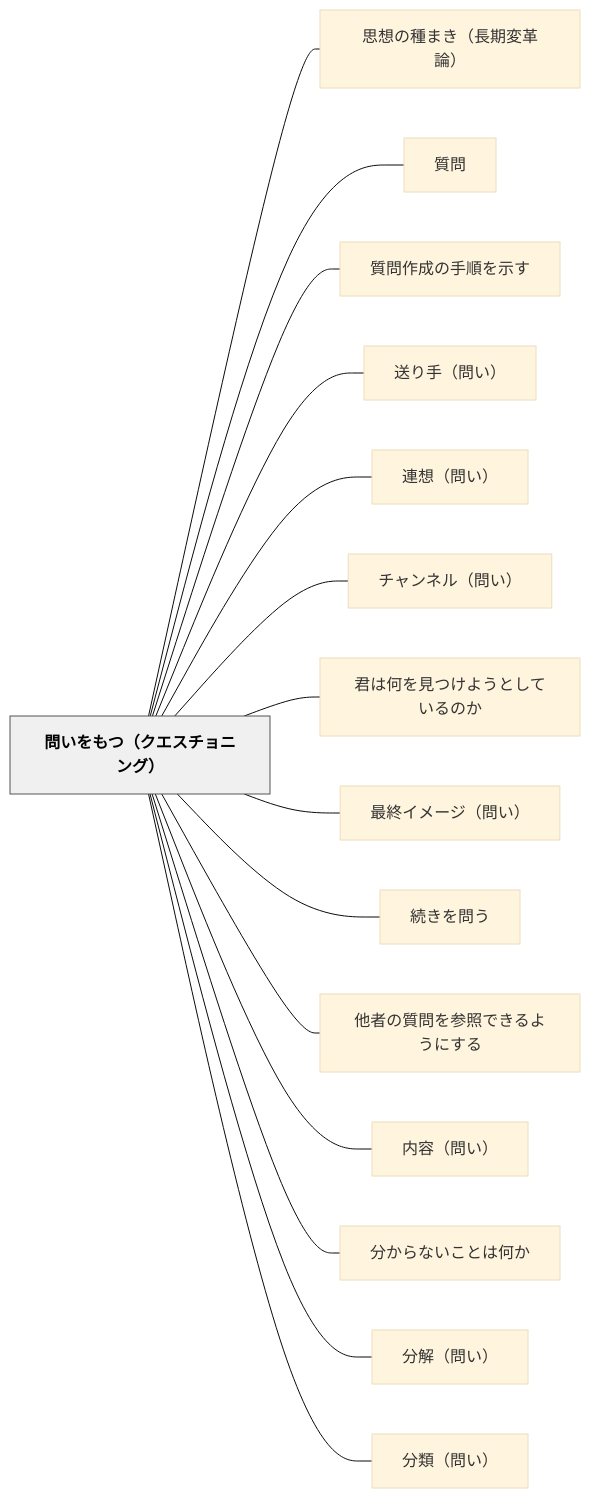
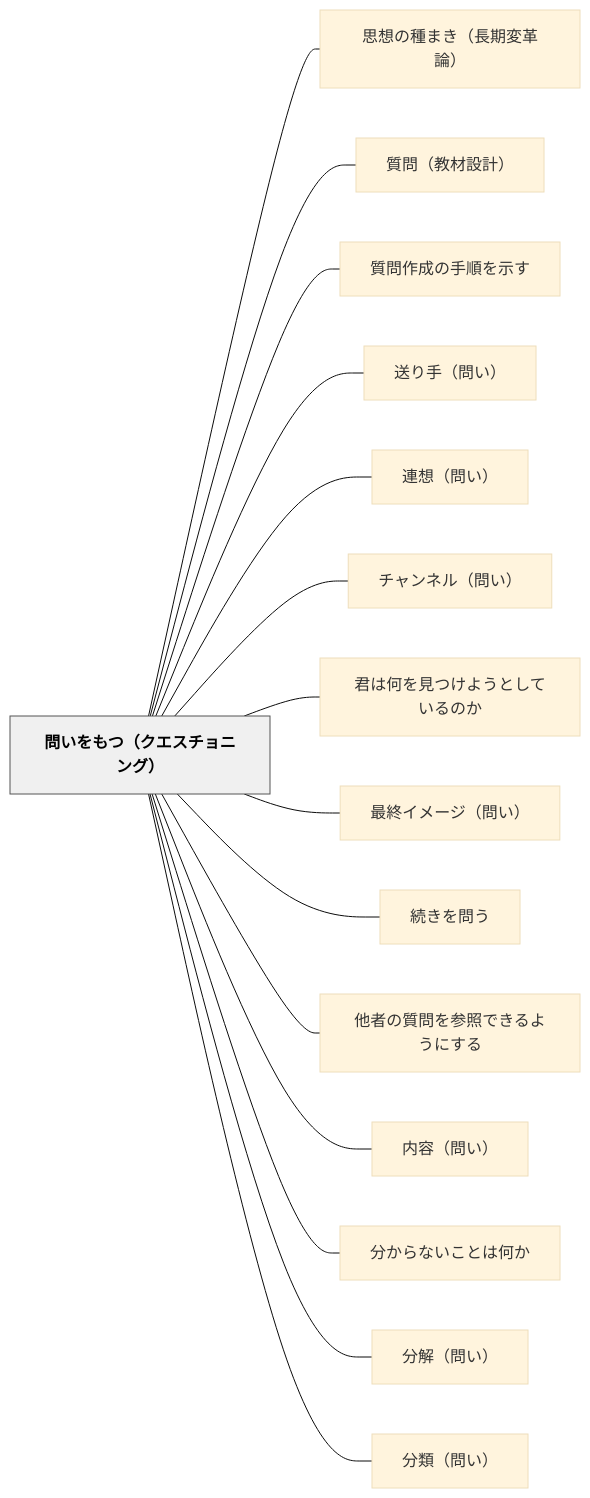
The diagram in content/パタン/問いをもつ（クエスチョニング）.md (unknownthings-ed-patterns/unknownthings-ed-patterns), drawn with Mermaid (base theme) before and after one commit. The commit also changed other lines of this file and 9 other files, not shown here.

````diff
--- a/content/パタン/問いをもつ（クエスチョニング）.md
+++ b/content/パタン/問いをもつ（クエスチョニング）.md
@@ -166,36 +166,36 @@
 ```mermaid
 flowchart LR
     ne5958fe38184e38292e38282e381a4efbc88e382afe382a8e382b9e38381e383a7e3838be383b3e382b0efbc89["問いをもつ（クエスチョニング）"]
     ne6809de683b3e381aee7a8aee381bee3818defbc88e995b7e69c9fe5a489e99da9e8ab96efbc89["思想の種まき（長期変革論）"]
-    ne8b3aae5958f["質問"]
+    ne8b3aae5958fefbc88e69599e69d90e8a8ade8a888efbc89["質問（教材設計）"]
     ne8b3aae5958fe4bd9ce68890e381aee6898be9a086e38292e7a4bae38199["質問作成の手順を示す"]
     ne98081e3828ae6898befbc88e5958fe38184efbc89["送り手（問い）"]
     ne980a3e683b3efbc88e5958fe38184efbc89["連想（問い）"]
     ne38381e383a3e383b3e3838de383abefbc88e5958fe38184efbc89["チャンネル（問い）"]
     ne5909be381afe4bd95e38292e8a68be381a4e38191e38288e38186e381a8e38197e381a6e38184e3828be381aee3818b["君は何を見つけようとしているのか"]
     ne69c80e7b582e382a4e383a1e383bce382b8efbc88e5958fe38184efbc89["最終イメージ（問い）"]
     ne7b69ae3818de38292e5958fe38186["続きを問う"]
     ne4bb96e88085e381aee8b3aae5958fe38292e58f82e785a7e381a7e3818de3828be38288e38186e381abe38199e3828b["他者の質問を参照できるようにする"]
     ne58685e5aeb9efbc88e5958fe38184efbc89["内容（問い）"]
     ne58886e3818be38289e381aae38184e38193e381a8e381afe4bd95e3818b["分からないことは何か"]
     ne58886e8a7a3efbc88e5958fe38184efbc89["分解（問い）"]
     ne58886e9a19eefbc88e5958fe38184efbc89["分類（問い）"]
 
     ne5958fe38184e38292e38282e381a4efbc88e382afe382a8e382b9e38381e383a7e3838be383b3e382b0efbc89 --- ne6809de683b3e381aee7a8aee381bee3818defbc88e995b7e69c9fe5a489e99da9e8ab96efbc89
-    ne5958fe38184e38292e38282e381a4efbc88e382afe382a8e382b9e38381e383a7e3838be383b3e382b0efbc89 --- ne8b3aae5958f
+    ne5958fe38184e38292e38282e381a4efbc88e382afe382a8e382b9e38381e383a7e3838be383b3e382b0efbc89 --- ne8b3aae5958fefbc88e69599e69d90e8a8ade8a888efbc89
     ne5958fe38184e38292e38282e381a4efbc88e382afe382a8e382b9e38381e383a7e3838be383b3e382b0efbc89 --- ne8b3aae5958fe4bd9ce68890e381aee6898be9a086e38292e7a4bae38199
     ne5958fe38184e38292e38282e381a4efbc88e382afe382a8e382b9e38381e383a7e3838be383b3e382b0efbc89 --- ne98081e3828ae6898befbc88e5958fe38184efbc89
     ne5958fe38184e38292e38282e381a4efbc88e382afe382a8e382b9e38381e383a7e3838be383b3e382b0efbc89 --- ne980a3e683b3efbc88e5958fe38184efbc89
     ne5958fe38184e38292e38282e381a4efbc88e382afe382a8e382b9e38381e383a7e3838be383b3e382b0efbc89 --- ne38381e383a3e383b3e3838de383abefbc88e5958fe38184efbc89
     ne5958fe38184e38292e38282e381a4efbc88e382afe382a8e382b9e38381e383a7e3838be383b3e382b0efbc89 --- ne5909be381afe4bd95e38292e8a68be381a4e38191e38288e38186e381a8e38197e381a6e38184e3828be381aee3818b
     ne5958fe38184e38292e38282e381a4efbc88e382afe382a8e382b9e38381e383a7e3838be383b3e382b0efbc89 --- ne69c80e7b582e382a4e383a1e383bce382b8efbc88e5958fe38184efbc89
     ne5958fe38184e38292e38282e381a4efbc88e382afe382a8e382b9e38381e383a7e3838be383b3e382b0efbc89 --- ne7b69ae3818de38292e5958fe38186
     ne5958fe38184e38292e38282e381a4efbc88e382afe382a8e382b9e38381e383a7e3838be383b3e382b0efbc89 --- ne4bb96e88085e381aee8b3aae5958fe38292e58f82e785a7e381a7e3818de3828be38288e38186e381abe38199e3828b
     ne5958fe38184e38292e38282e381a4efbc88e382afe382a8e382b9e38381e383a7e3838be383b3e382b0efbc89 --- ne58685e5aeb9efbc88e5958fe38184efbc89
     ne5958fe38184e38292e38282e381a4efbc88e382afe382a8e382b9e38381e383a7e3838be383b3e382b0efbc89 --- ne58886e3818be38289e381aae38184e38193e381a8e381afe4bd95e3818b
     ne5958fe38184e38292e38282e381a4efbc88e382afe382a8e382b9e38381e383a7e3838be383b3e382b0efbc89 --- ne58886e8a7a3efbc88e5958fe38184efbc89
     ne5958fe38184e38292e38282e381a4efbc88e382afe382a8e382b9e38381e383a7e3838be383b3e382b0efbc89 --- ne58886e9a19eefbc88e5958fe38184efbc89
 
     classDef hub fill:#f0f0f0,stroke:#555,color:#000,font-weight:bold
     class ne5958fe38184e38292e38282e381a4efbc88e382afe382a8e382b9e38381e383a7e3838be383b3e382b0efbc89 hub
 ```
````
